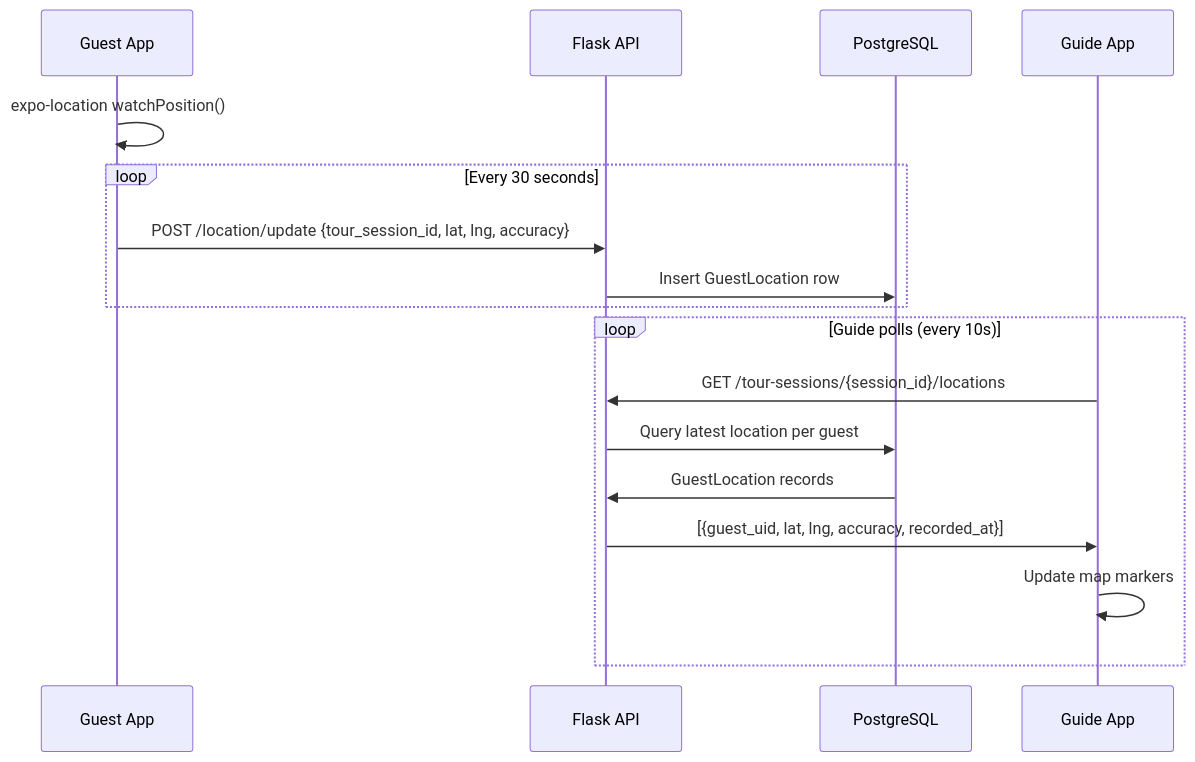
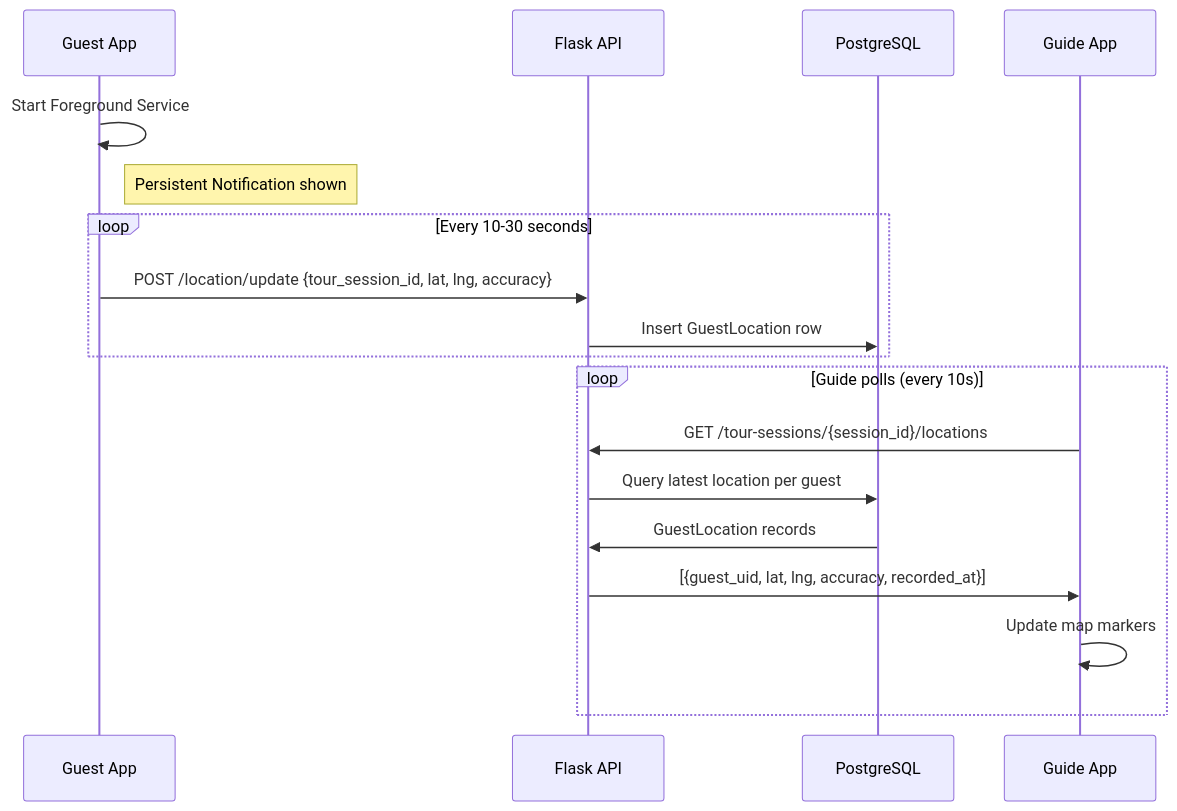
Before and after one commit to wariya-placehub/triptoe-docs: the sixth of 7 diagrams in 2_architecture.md, drawn with Mermaid. The commit also changed other lines of this file and 5 other files, not shown here.

````diff
--- a/2_architecture.md
+++ b/2_architecture.md
@@ -440,21 +456,22 @@
 ```mermaid
 sequenceDiagram
     participant Guest as Guest App
     participant API as Flask API
     participant DB as PostgreSQL
     participant Guide as Guide App
 
-    Guest->>Guest: expo-location watchPosition()
-    loop Every 30 seconds
+    Guest->>Guest: Start Foreground Service
+    Note right of Guest: Persistent Notification shown
+    loop Every 10-30 seconds
         Guest->>API: POST /location/update {tour_session_id, lat, lng, accuracy}
         API->>DB: Insert GuestLocation row
     end
 
     loop Guide polls (every 10s)
         Guide->>API: GET /tour-sessions/{session_id}/locations
         API->>DB: Query latest location per guest
         DB->>API: GuestLocation records
         API->>Guide: [{guest_uid, lat, lng, accuracy, recorded_at}]
         Guide->>Guide: Update map markers
     end
 ```
````
